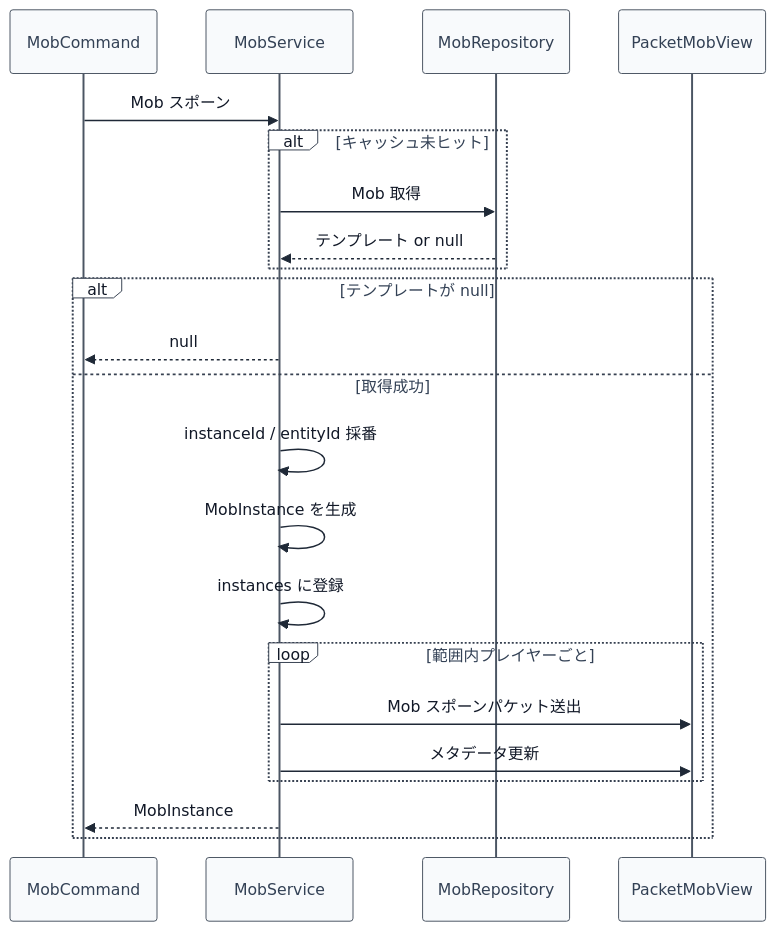
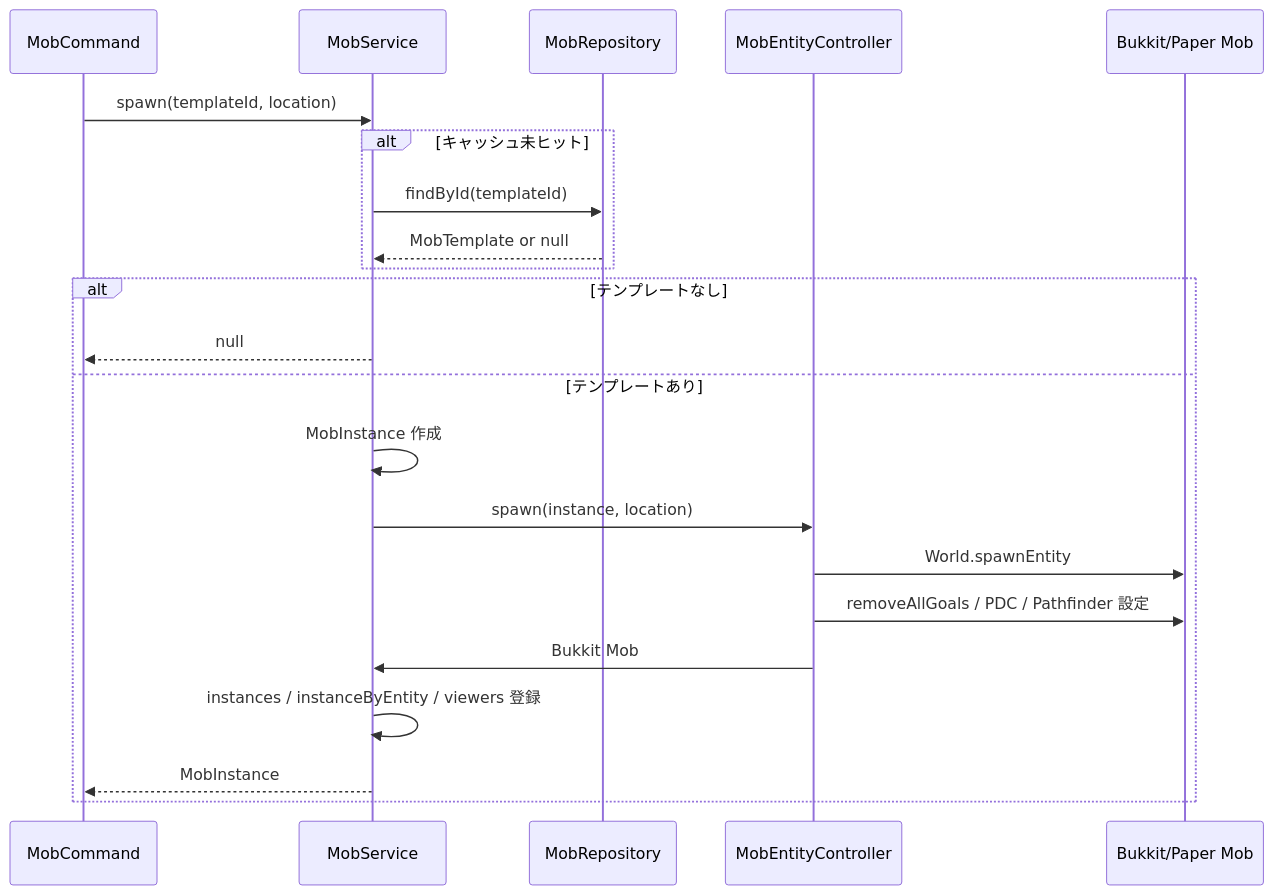
Before and after one commit to maaasu/AstralRecord-Workspace: the first of 5 diagrams in 00_docs/10_プラグイン設計書/feature/12-mob/4-統合フロー/12_4.00-統合フロー.md, drawn with Mermaid. The commit also changed other lines of this file and 20 other files, not shown here.

````diff
--- a/00_docs/10_プラグイン設計書/feature/12-mob/4-統合フロー/12_4.00-統合フロー.md
+++ b/00_docs/10_プラグイン設計書/feature/12-mob/4-統合フロー/12_4.00-統合フロー.md
@@ -5,39 +5,25 @@
 ```mermaid
-%%{init: {
-  "theme": "base",
-  "themeVariables": {
-    "lineColor": "#1f2937",
-    "signalColor": "#1f2937",
-    "signalTextColor": "#111827",
-    "actorBkg": "#f8fafc",
-    "actorBorder": "#4b5563",
-    "actorTextColor": "#334155",
-    "labelBoxBkgColor": "#ffffff",
-    "labelBoxBorderColor": "#374151",
-    "labelTextColor": "#111827"
-  }
-}}%%
 sequenceDiagram
     participant C as MobCommand
     participant S as MobService
     participant R as MobRepository
-    participant V as PacketMobView
+    participant E as MobEntityController
+    participant B as Bukkit/Paper Mob
 
-    C->>S: Mob スポーン
+    C->>S: spawn(templateId, location)
     alt キャッシュ未ヒット
-        S->>R: Mob 取得
-        R-->>S: テンプレート or null
+        S->>R: findById(templateId)
+        R-->>S: MobTemplate or null
     end
-    alt テンプレートが null
+    alt テンプレートなし
         S-->>C: null
-    else 取得成功
-        S->>S: instanceId / entityId 採番
-        S->>S: MobInstance を生成
-        S->>S: instances に登録
-        loop 範囲内プレイヤーごと
-            S->>V: Mob スポーンパケット送出
-            S->>V: メタデータ更新
-        end
+    else テンプレートあり
+        S->>S: MobInstance 作成
+        S->>E: spawn(instance, location)
+        E->>B: World.spawnEntity
+        E->>B: removeAllGoals / PDC / Pathfinder 設定
+        E->>S: Bukkit Mob
+        S->>S: instances / instanceByEntity / viewers 登録
         S-->>C: MobInstance
     end
 ```
````
